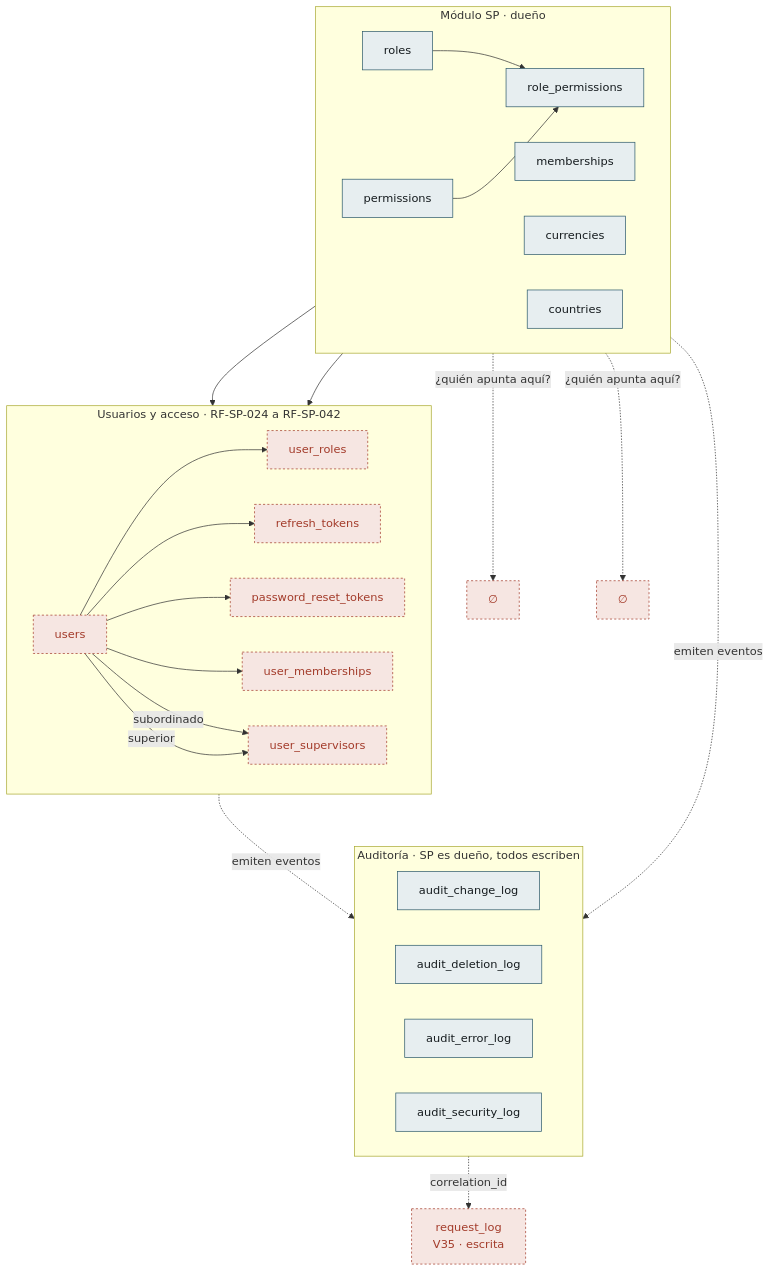
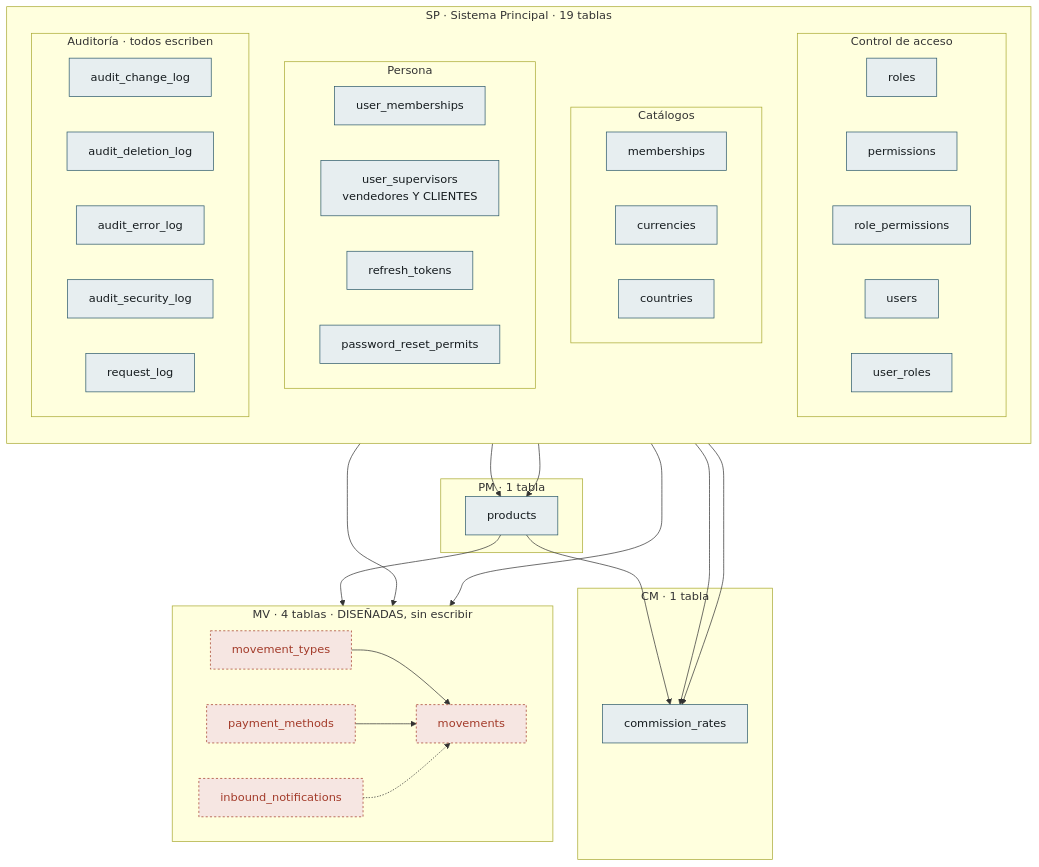
One commit to NexusPro-Dev/backend changed the fifth of 5 diagrams in docs/modelo-datos.md. Above: the diagram before and after it, drawn with Mermaid. The commit also changed other lines of this file, not shown here.

````diff
--- a/docs/modelo-datos.md
+++ b/docs/modelo-datos.md
@@ -313,54 +425,68 @@
 ```mermaid
 flowchart TB
-    subgraph SP["Módulo SP · dueño"]
-        direction LR
-        A1["roles"]
-        A2["permissions"]
-        A3["role_permissions"]
-        A4["memberships"]
-        A5["currencies"]
-        A6["countries"]
+    subgraph SP["SP · Sistema Principal · 19 tablas"]
+        direction TB
+        subgraph ACC["Control de acceso"]
+            direction LR
+            A1["roles"]
+            A2["permissions"]
+            A3["role_permissions"]
+            C1["users"]
+            C2["user_roles"]
+        end
+        subgraph CAT["Catálogos"]
+            direction LR
+            A4["memberships"]
+            A5["currencies"]
+            A6["countries"]
+        end
+        subgraph PER["Persona"]
+            direction LR
+            C6["user_memberships"]
+            C4["user_supervisors<br/>vendedores Y CLIENTES"]
+            C3["refresh_tokens"]
+            C5["password_reset_permits"]
+        end
+        subgraph AUD["Auditoría · todos escriben"]
+            direction LR
+            B1["audit_change_log"]
+            B2["audit_deletion_log"]
+            B3["audit_error_log"]
+            B4["audit_security_log"]
+            OBS["request_log"]
+        end
     end
 
-    subgraph AUD["Auditoría · SP es dueño, todos escriben"]
-        direction LR
-        B1["audit_change_log"]
-        B2["audit_deletion_log"]
-        B3["audit_error_log"]
-        B4["audit_security_log"]
+    subgraph PM["PM · 1 tabla"]
+        P1["products"]
     end
 
-    subgraph USRS["Usuarios y acceso · RF-SP-024 a RF-SP-042"]
-        direction LR
-        C1["users"]
-        C2["user_roles"]
-        C3["refresh_tokens"]
-        C4["user_supervisors"]
-        C5["password_reset_tokens"]
-        C6["user_memberships"]
+    subgraph CM["CM · 1 tabla"]
+        M1["commission_rates"]
     end
 
-    OBS["request_log<br/>V35 · escrita"]
+    subgraph MV["MV · 4 tablas · DISEÑADAS, sin escribir"]
+        direction LR
+        V1["movement_types"]
+        V2["movements"]
+        V3["payment_methods"]
+        V4["inbound_notifications"]
+    end
 
-    A1 --> A3
-    A2 --> A3
-    C1 --> C2
-    A1 --> C2
-    C1 --> C3
-    C1 --> C5
-    C1 --> C6
-    A4 --> C6
-    C1 -->|"subordinado"| C4
-    C1 -->|"superior"| C4
-    SP -.->|"emiten eventos"| AUD
-    USRS -.->|"emiten eventos"| AUD
-    AUD -.->|"correlation_id"| OBS
+    A4 --> P1
+    A5 --> P1
+    A1 --> M1
+    P1 --> M1
+    C1 --> M1
+    P1 --> V2
+    C1 --> V2
+    A5 --> V2
+    V1 --> V2
+    V3 --> V2
+    V4 -.-> V2
 
-    A5 -.->|"¿quién apunta aquí?"| Q2["∅"]
-    A6 -.->|"¿quién apunta aquí?"| Q3["∅"]
-
-    classDef sp fill:#e7eef0,stroke:#2d5a6b,color:#151b1e
-    classDef pend fill:#f6e6e2,stroke:#a33b2a,stroke-dasharray:3 3,color:#a33b2a
-    class A1,A2,A3,A4,A5,A6,B1,B2,B3,B4 sp
-    class Q2,Q3,OBS,C1,C2,C3,C4,C5,C6 pend
+    classDef escrita fill:#e7eef0,stroke:#2d5a6b,color:#151b1e
+    classDef disenada fill:#f6e6e2,stroke:#a33b2a,stroke-dasharray:3 3,color:#a33b2a
+    class A1,A2,A3,A4,A5,A6,B1,B2,B3,B4,C1,C2,C3,C4,C5,C6,OBS,P1,M1 escrita
+    class V1,V2,V3,V4 disenada
 ```
````
